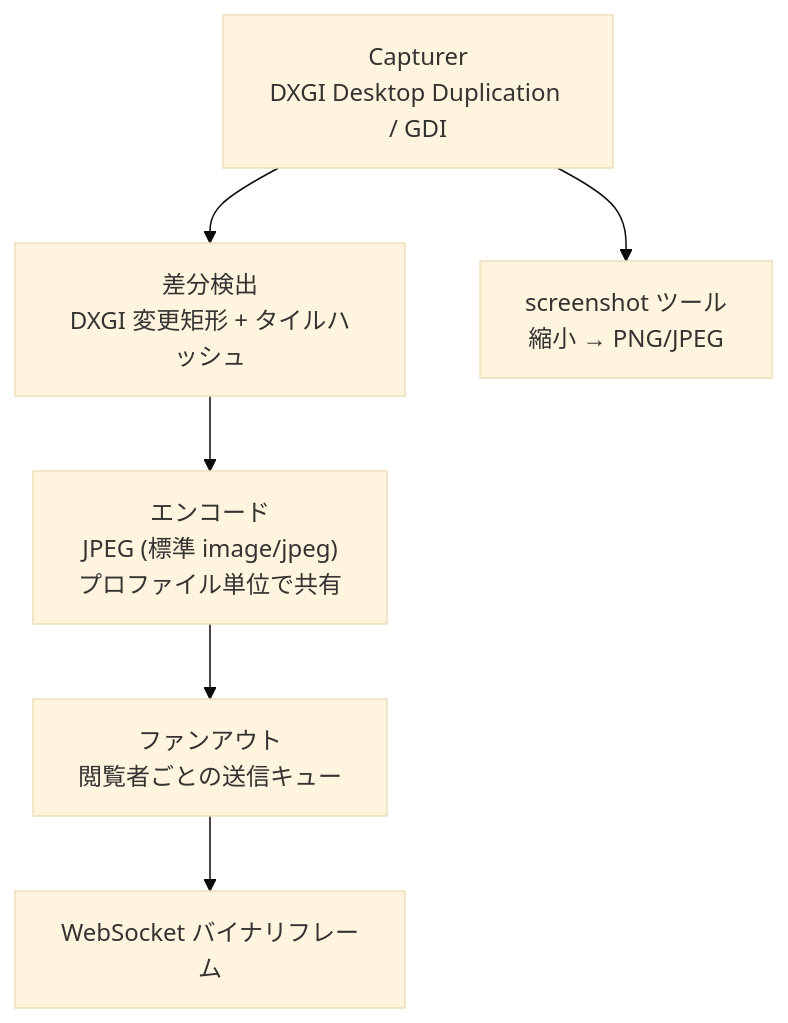
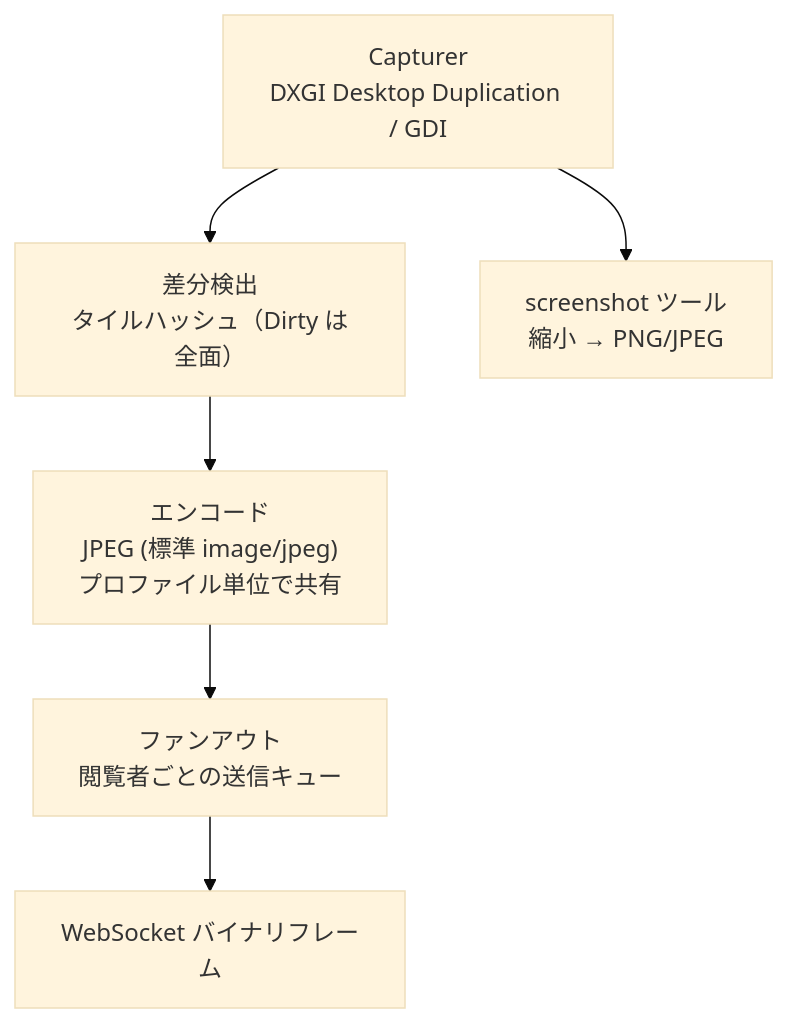
Before and after one commit to ousiassllc/puppet-remo: the tenth of 10 diagrams in docs/architecture/overview.md, drawn with Mermaid (base theme). The commit also changed other lines of this file and 15 other files, not shown here.

Commit message:
feat: Capturer.Watch / Frame を実装（DXGI を主、GDI をフォールバック）

````diff
--- a/docs/architecture/overview.md
+++ b/docs/architecture/overview.md
@@ -481,8 +481,8 @@
 ```mermaid
 graph TD
-    CAP["Capturer<br/>DXGI Desktop Duplication / GDI"] --> DIFF["差分検出<br/>DXGI 変更矩形 + タイルハッシュ"]
+    CAP["Capturer<br/>DXGI Desktop Duplication / GDI"] --> DIFF["差分検出<br/>タイルハッシュ（Dirty は全面）"]
     DIFF --> ENC["エンコード<br/>JPEG (標準 image/jpeg)<br/>プロファイル単位で共有"]
     ENC --> FAN["ファンアウト<br/>閲覧者ごとの送信キュー"]
     FAN --> WS["WebSocket バイナリフレーム"]
     CAP --> SS["screenshot ツール<br/>縮小 → PNG/JPEG"]
 ```
````
